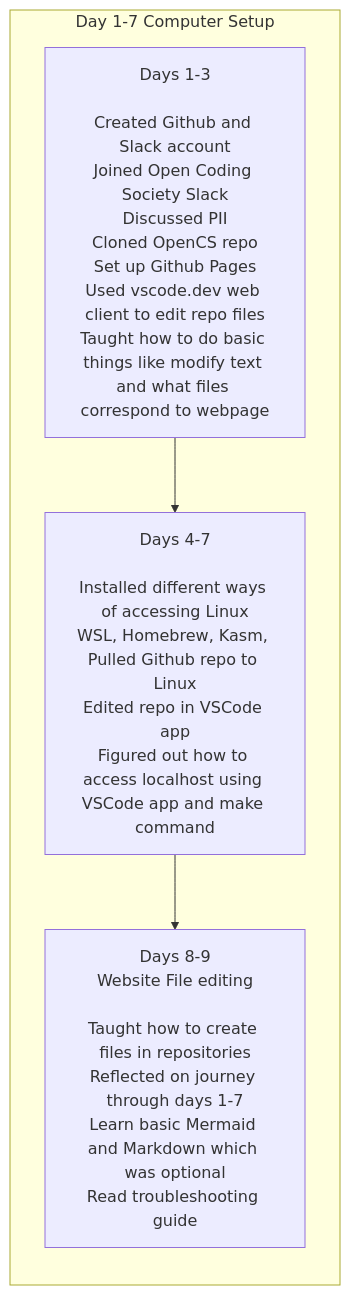
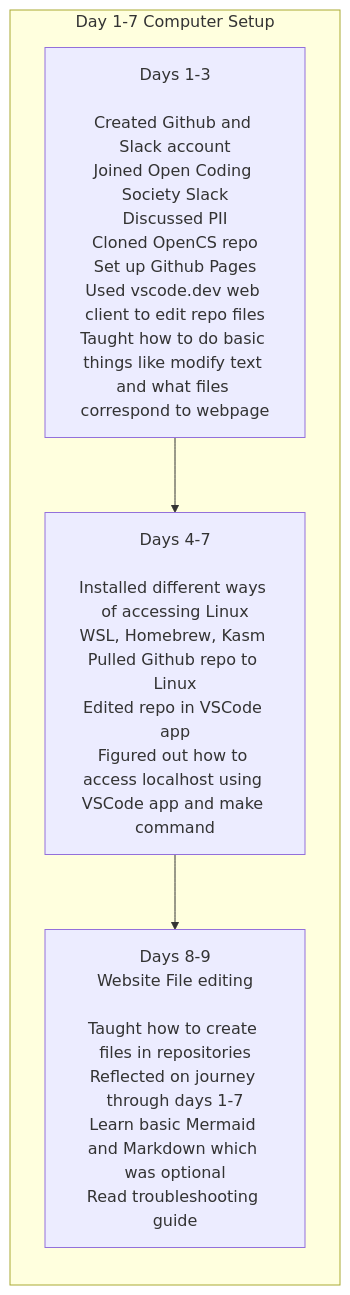
One commit to rsharma5128/student changed the second of 2 diagrams in _posts/Foundation/B-tools_and_equipment/2025-11-21-tools_quest.md. Above: the diagram before and after it, drawn with Mermaid.

Commit message:
removed unnecesary comma

````diff
--- a/_posts/Foundation/B-tools_and_equipment/2025-11-21-tools_quest.md
+++ b/_posts/Foundation/B-tools_and_equipment/2025-11-21-tools_quest.md
@@ -59,10 +59,10 @@
 ```mermaid
 flowchart LR
     subgraph Day_1[Day 1-7 Computer Setup]
         A[Days 1-3<br/><br/>Created Github and Slack account<br/>Joined Open Coding Society Slack<br/>Discussed PII<br/>Cloned OpenCS repo<br/>Set up Github Pages<br/>Used vscode.dev web client to edit repo files<br/>Taught how to do basic things like modify text and what files correspond to webpage]:::dayuno
-        B[Days 4-7<br/><br/>Installed different ways of accessing Linux<br/>WSL, Homebrew, Kasm, <br/>Pulled Github repo to Linux<br/>Edited repo in VSCode app<br/>Figured out how to access localhost using VSCode app and make command]:::daydos
+        B[Days 4-7<br/><br/>Installed different ways of accessing Linux<br/>WSL, Homebrew, Kasm <br/>Pulled Github repo to Linux<br/>Edited repo in VSCode app<br/>Figured out how to access localhost using VSCode app and make command]:::daydos
         C[Days 8-9<br/>Website File editing<br/><br/>Taught how to create files in repositories<br/>Reflected on journey through days 1-7<br/>Learn basic Mermaid and Markdown which was optional<br/>Read troubleshooting guide]:::daytres
     end
 A --> B
 B --> C
 ```
````
